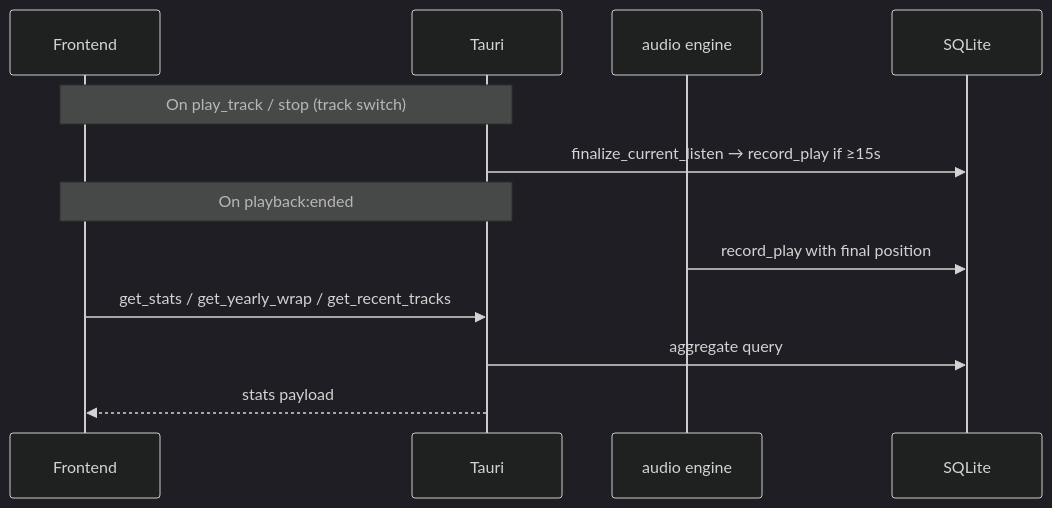
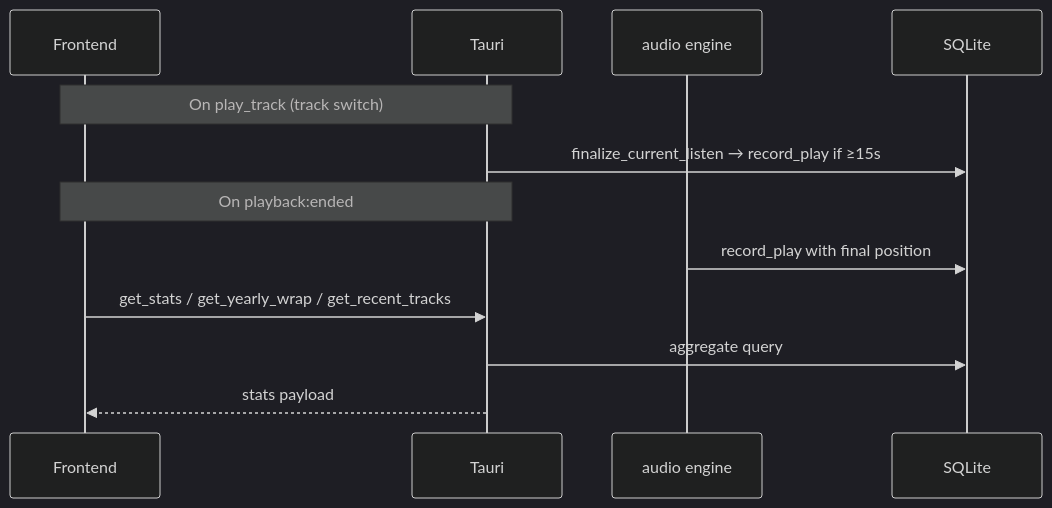
The fourth of 4 diagrams in docs/ARCHITECTURE.md (5kyguy/brook), drawn with Mermaid (dark theme) before and after one commit. The commit also changed other lines of this file and 2 other files, not shown here.

````diff
--- a/docs/ARCHITECTURE.md
+++ b/docs/ARCHITECTURE.md
@@ -201,15 +199,15 @@
 ```mermaid
 sequenceDiagram
   participant UI as Frontend
   participant Tauri as Tauri
   participant Audio as audio engine
   participant DB as SQLite
 
-  Note over UI,Tauri: On play_track / stop (track switch)
+  Note over UI,Tauri: On play_track (track switch)
   Tauri->>DB: finalize_current_listen → record_play if ≥15s
   Note over UI,Tauri: On playback:ended
   Audio->>DB: record_play with final position
   UI->>Tauri: get_stats / get_yearly_wrap / get_recent_tracks
   Tauri->>DB: aggregate query
   Tauri-->>UI: stats payload
 ```
````
